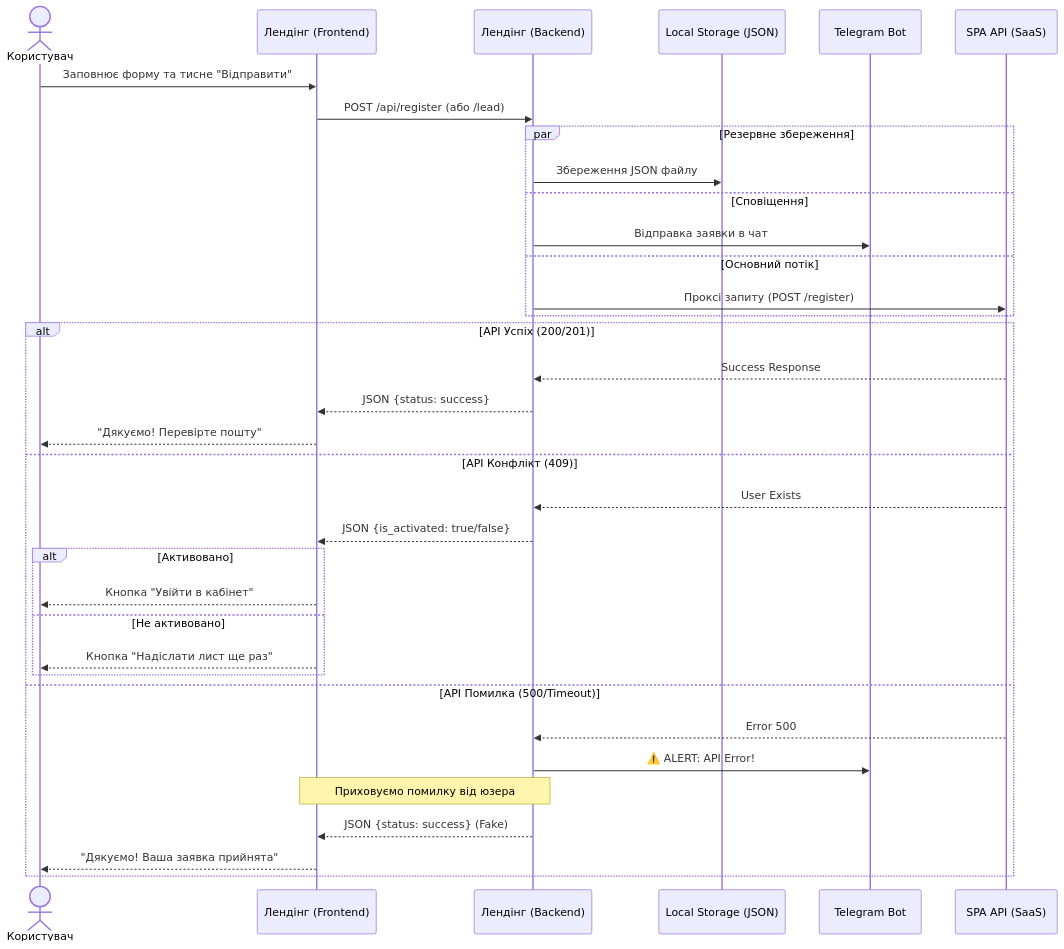
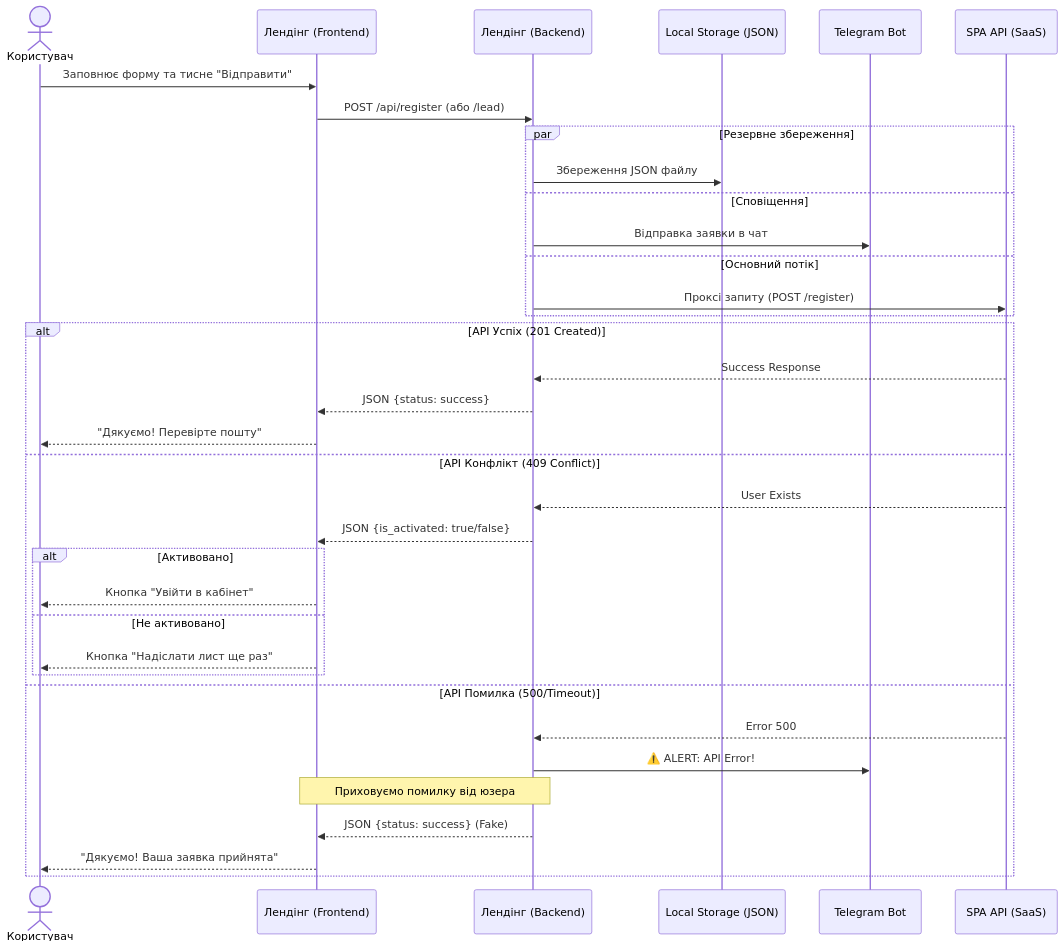
Before and after one commit to dmitrykulinichev/g24_com_ua: the first of 2 diagrams in concept/docsFromSAAS/USER_FLOW.md, drawn with Mermaid. The commit also changed other lines of this file and 3 other files, not shown here.

````diff
--- a/concept/docsFromSAAS/USER_FLOW.md
+++ b/concept/docsFromSAAS/USER_FLOW.md
@@ -15,40 +15,40 @@
 ```mermaid
 sequenceDiagram
     actor User as Користувач
     participant Front as Лендінг (Frontend)
     participant Back as Лендінг (Backend)
     participant File as Local Storage (JSON)
     participant TG as Telegram Bot
     participant API as SPA API (SaaS)
 
     User->>Front: Заповнює форму та тисне "Відправити"
     Front->>Back: POST /api/register (або /lead)
     
     par Резервне збереження
         Back->>File: Збереження JSON файлу
     and Сповіщення
         Back->>TG: Відправка заявки в чат
     and Основний потік
         Back->>API: Проксі запиту (POST /register)
     end
 
-    alt API Успіх (200/201)
+    alt API Успіх (201 Created)
         API-->>Back: Success Response
         Back-->>Front: JSON {status: success}
         Front-->>User: "Дякуємо! Перевірте пошту"
-    else API Конфлікт (409)
+    else API Конфлікт (409 Conflict)
         API-->>Back: User Exists
         Back-->>Front: JSON {is_activated: true/false}
         alt Активовано
             Front-->>User: Кнопка "Увійти в кабінет"
         else Не активовано
             Front-->>User: Кнопка "Надіслати лист ще раз"
         end
     else API Помилка (500/Timeout)
         API-->>Back: Error 500
         Back->>TG: ⚠️ ALERT: API Error!
         Note over Back,Front: Приховуємо помилку від юзера
         Back-->>Front: JSON {status: success} (Fake)
         Front-->>User: "Дякуємо! Ваша заявка прийнята"
     end
 ```
````
